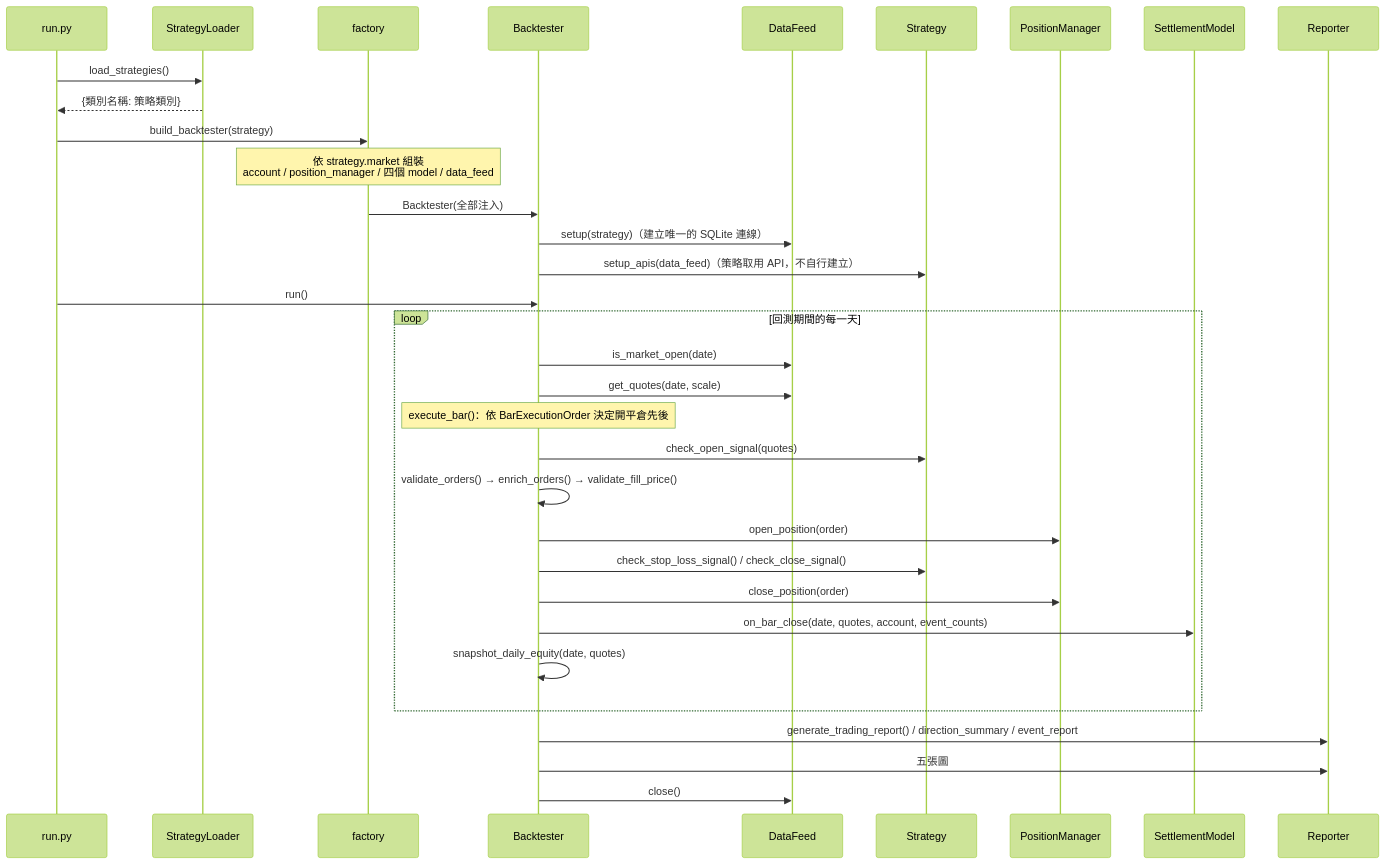
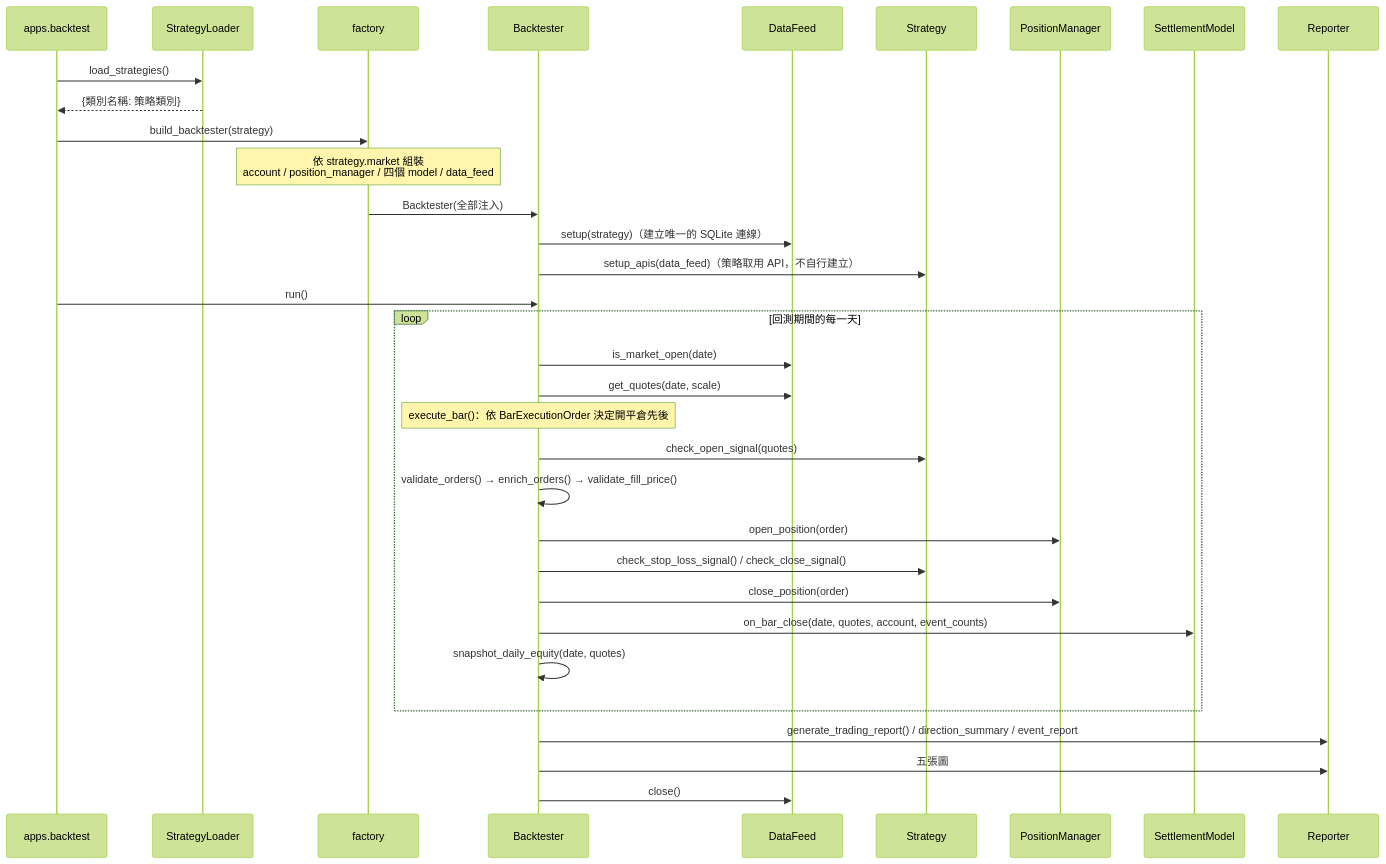
Before and after one commit to NYFund/alphaedge: the diagram in docs/backtest/module-map.md, drawn with Mermaid (forest theme). The commit also changed other lines of this file and 49 other files, not shown here.

First line of the commit message:
refactor: 呼叫端全面改用 python -m apps.backtest／apps.live

````diff
--- a/docs/backtest/module-map.md
+++ b/docs/backtest/module-map.md
@@ -59,39 +59,39 @@
 ```mermaid
 sequenceDiagram
-    participant CLI as run.py
+    participant CLI as apps.backtest
     participant Loader as StrategyLoader
     participant F as factory
     participant BT as Backtester
     participant Feed as DataFeed
     participant S as Strategy
     participant PM as PositionManager
     participant SM as SettlementModel
     participant R as Reporter
 
     CLI->>Loader: load_strategies()
     Loader-->>CLI: {類別名稱: 策略類別}
     CLI->>F: build_backtester(strategy)
 
     Note over F: 依 strategy.market 組裝<br/>account / position_manager / 四個 model / data_feed
     F->>BT: Backtester(全部注入)
     BT->>Feed: setup(strategy)（建立唯一的 SQLite 連線）
     BT->>S: setup_apis(data_feed)（策略取用 API，不自行建立）
 
     CLI->>BT: run()
     loop 回測期間的每一天
         BT->>Feed: is_market_open(date)
         BT->>Feed: get_quotes(date, scale)
         Note over BT: execute_bar()：依 BarExecutionOrder 決定開平倉先後
         BT->>S: check_open_signal(quotes)
         BT->>BT: validate_orders() → enrich_orders() → validate_fill_price()
         BT->>PM: open_position(order)
         BT->>S: check_stop_loss_signal() / check_close_signal()
         BT->>PM: close_position(order)
         BT->>SM: on_bar_close(date, quotes, account, event_counts)
         BT->>BT: snapshot_daily_equity(date, quotes)
     end
 
     BT->>R: generate_trading_report() / direction_summary / event_report
     BT->>R: 五張圖
     BT->>Feed: close()
 ```
````
